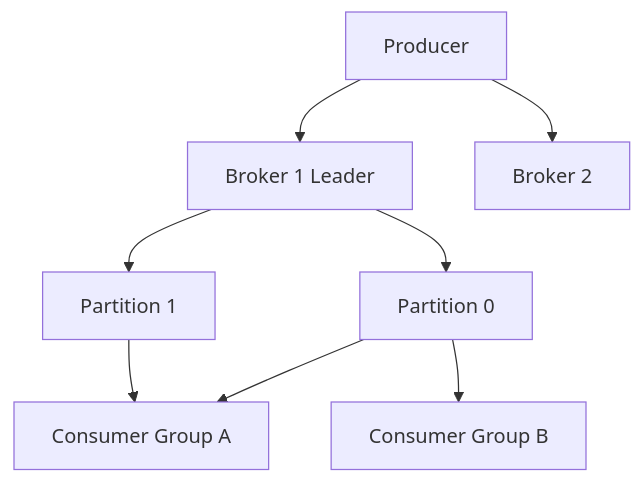
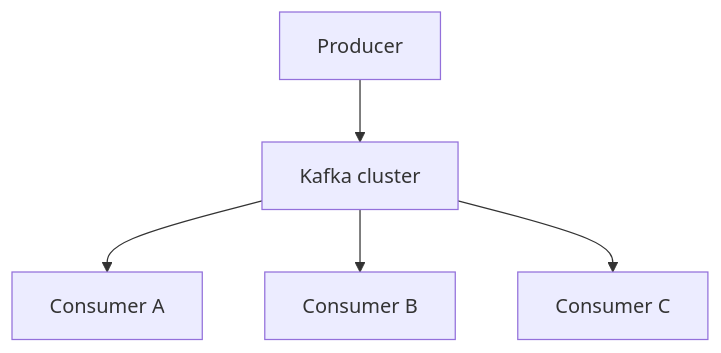
One commit to hareramcse/SystemDesign changed the seventh of 28 diagrams in 06-messaging-and-events/README.md. Above: the diagram before and after it, drawn with Mermaid. The commit also changed other lines of this file, not shown here.

````diff
--- a/06-messaging-and-events/README.md
+++ b/06-messaging-and-events/README.md
@@ -326,10 +1186,7 @@
 ```mermaid
 flowchart TB
-    Prod[Producer] --> B1[Broker 1 Leader]
-    Prod --> B2[Broker 2]
-    B1 --> P0[Partition 0]
-    B1 --> P1[Partition 1]
-    P0 --> CG1[Consumer Group A]
-    P1 --> CG1
-    P0 --> CG2[Consumer Group B]
+    Prod[Producer] --> Kafka[Kafka cluster]
+    Kafka --> CA[Consumer A]
+    Kafka --> CB[Consumer B]
+    Kafka --> CC[Consumer C]
 ```
````
